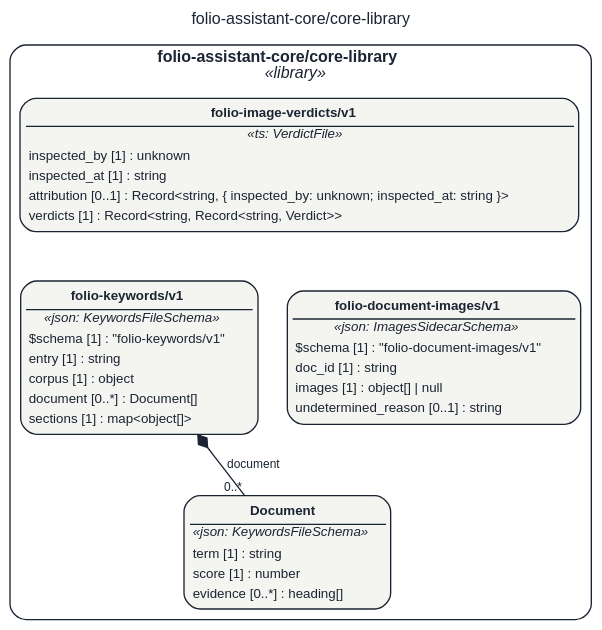
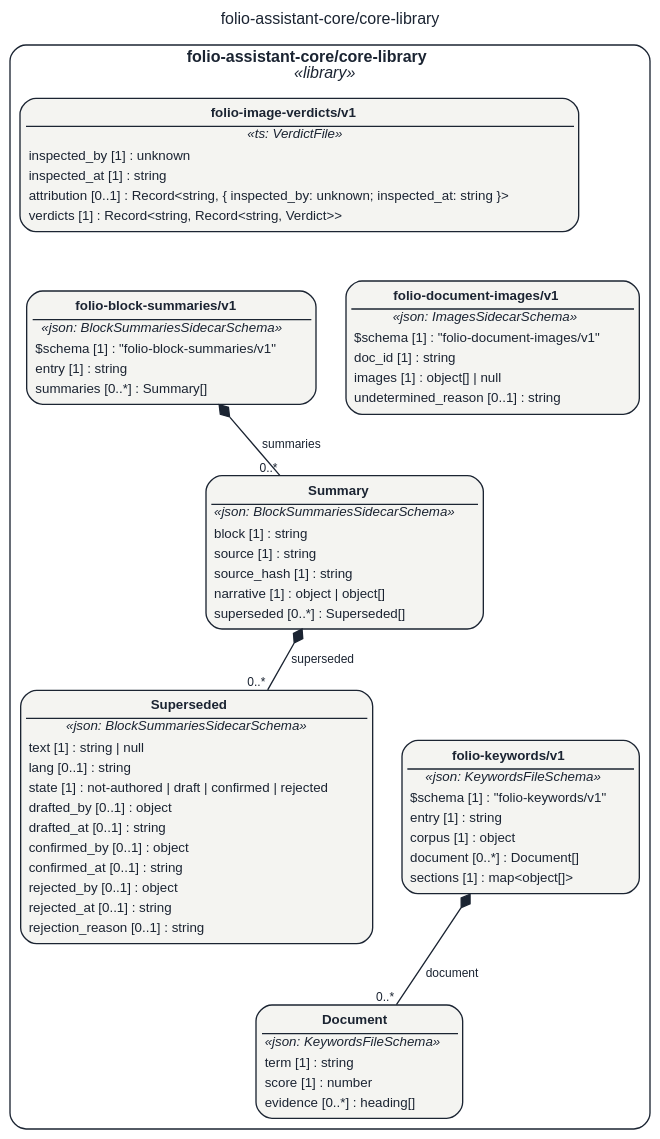
One commit to litlfred/folio-assistant changed the diagram in STAGING/claude-repin-layers-green/assets/img/uml/overview/folio-assistant-core/core-library.dot. Above: the diagram before and after it, drawn with Graphviz. The commit also changed 19685 other files, not shown here.

```diff
--- a/STAGING/claude-repin-layers-green/assets/img/uml/overview/folio-assistant-core/core-library.dot
+++ b/STAGING/claude-repin-layers-green/assets/img/uml/overview/folio-assistant-core/core-library.dot
@@ -1,17 +1,24 @@
 // GENERATED by cat-harness-tools/scripts/gen-uml-overview.ts — do not edit.
 // Rendered page (interactive view, same model): https://litlfred.github.io/folio-assistant/uml/overview/folio-assistant-core/core-library.html
 digraph "folio_assistant_core_core_library" {
   graph [label="folio-assistant-core/core-library", labelloc=t, fontname="Helvetica", fontsize=12, fontcolor="#1b2432", newrank=true, ratio=auto, nodesep=0.3, ranksep=0.5, bgcolor="transparent"];
   node [shape=box, style="rounded,filled", margin=0.05, fontname="Helvetica", fontsize=10, color="#1b2432", fontcolor="#1b2432"];
   edge [color="#1b2432", fontcolor="#1b2432", fontname="Helvetica", fontsize=9];
   subgraph "cluster_pkg_folio_assistant_core_core_library" {
     label=<<b>folio-assistant-core/core-library</b><br/><i>«library»</i>>; style="rounded"; color="#1b2432"; class="fa_uml_subgraph";
     "folio_assistant_core_core_library_folio_document_images_v1_folio_document_images_v1" [fillcolor="#f4f4f1", class="fa_uml_kind_library", label=<<table border="0" cellborder="0" cellspacing="0" cellpadding="2"><tr><td border="1" sides="b"><b>folio-document-images/v1</b></td></tr><tr><td><i>«json: ImagesSidecarSchema»</i></td></tr><tr><td align="left">$schema [1] : &quot;folio-document-images/v1&quot;</td></tr><tr><td align="left">doc_id [1] : string</td></tr><tr><td align="left">images [1] : object[] | null</td></tr><tr><td align="left">undetermined_reason [0..1] : string</td></tr></table>>];
     "folio_assistant_core_core_library_folio_image_verdicts_v1" [fillcolor="#f4f4f1", class="fa_uml_kind_library", label=<<table border="0" cellborder="0" cellspacing="0" cellpadding="2"><tr><td border="1" sides="b"><b>folio-image-verdicts/v1</b></td></tr><tr><td><i>«ts: VerdictFile»</i></td></tr><tr><td align="left">inspected_by [1] : unknown</td></tr><tr><td align="left">inspected_at [1] : string</td></tr><tr><td align="left">attribution [0..1] : Record&lt;string, { inspected_by: unknown; inspected_at: string }&gt;</td></tr><tr><td align="left">verdicts [1] : Record&lt;string, Record&lt;string, Verdict&gt;&gt;</td></tr></table>>];
+    "folio_assistant_core_core_library_folio_block_summaries_v1_Superseded" [fillcolor="#f4f4f1", class="fa_uml_kind_library", label=<<table border="0" cellborder="0" cellspacing="0" cellpadding="2"><tr><td border="1" sides="b"><b>Superseded</b></td></tr><tr><td><i>«json: BlockSummariesSidecarSchema»</i></td></tr><tr><td align="left">text [1] : string | null</td></tr><tr><td align="left">lang [0..1] : string</td></tr><tr><td align="left">state [1] : not-authored | draft | confirmed | rejected</td></tr><tr><td align="left">drafted_by [0..1] : object</td></tr><tr><td align="left">drafted_at [0..1] : string</td></tr><tr><td align="left">confirmed_by [0..1] : object</td></tr><tr><td align="left">confirmed_at [0..1] : string</td></tr><tr><td align="left">rejected_by [0..1] : object</td></tr><tr><td align="left">rejected_at [0..1] : string</td></tr><tr><td align="left">rejection_reason [0..1] : string</td></tr></table>>];
+    "folio_assistant_core_core_library_folio_block_summaries_v1_Summary" [fillcolor="#f4f4f1", class="fa_uml_kind_library", label=<<table border="0" cellborder="0" cellspacing="0" cellpadding="2"><tr><td border="1" sides="b"><b>Summary</b></td></tr><tr><td><i>«json: BlockSummariesSidecarSchema»</i></td></tr><tr><td align="left">block [1] : string</td></tr><tr><td align="left">source [1] : string</td></tr><tr><td align="left">source_hash [1] : string</td></tr><tr><td align="left">narrative [1] : object | object[]</td></tr><tr><td align="left">superseded [0..*] : Superseded[]</td></tr></table>>];
+    "folio_assistant_core_core_library_folio_block_summaries_v1_folio_block_summaries_v1" [fillcolor="#f4f4f1", class="fa_uml_kind_library", label=<<table border="0" cellborder="0" cellspacing="0" cellpadding="2"><tr><td border="1" sides="b"><b>folio-block-summaries/v1</b></td></tr><tr><td><i>«json: BlockSummariesSidecarSchema»</i></td></tr><tr><td align="left">$schema [1] : &quot;folio-block-summaries/v1&quot;</td></tr><tr><td align="left">entry [1] : string</td></tr><tr><td align="left">summaries [0..*] : Summary[]</td></tr></table>>];
     "folio_assistant_core_core_library_folio_keywords_v1_Document" [fillcolor="#f4f4f1", class="fa_uml_kind_library", label=<<table border="0" cellborder="0" cellspacing="0" cellpadding="2"><tr><td border="1" sides="b"><b>Document</b></td></tr><tr><td><i>«json: KeywordsFileSchema»</i></td></tr><tr><td align="left">term [1] : string</td></tr><tr><td align="left">score [1] : number</td></tr><tr><td align="left">evidence [0..*] : heading[]</td></tr></table>>];
     "folio_assistant_core_core_library_folio_keywords_v1_folio_keywords_v1" [fillcolor="#f4f4f1", class="fa_uml_kind_library", label=<<table border="0" cellborder="0" cellspacing="0" cellpadding="2"><tr><td border="1" sides="b"><b>folio-keywords/v1</b></td></tr><tr><td><i>«json: KeywordsFileSchema»</i></td></tr><tr><td align="left">$schema [1] : &quot;folio-keywords/v1&quot;</td></tr><tr><td align="left">entry [1] : string</td></tr><tr><td align="left">corpus [1] : object</td></tr><tr><td align="left">document [0..*] : Document[]</td></tr><tr><td align="left">sections [1] : map&lt;object[]&gt;</td></tr></table>>];
   }
+  "folio_assistant_core_core_library_folio_block_summaries_v1_Summary" -> "folio_assistant_core_core_library_folio_block_summaries_v1_Superseded" [dir=both, arrowtail=diamond, arrowhead=none, label="superseded", headlabel="0..*", class="fa_uml_composition"];
+  "folio_assistant_core_core_library_folio_block_summaries_v1_folio_block_summaries_v1" -> "folio_assistant_core_core_library_folio_block_summaries_v1_Summary" [dir=both, arrowtail=diamond, arrowhead=none, label="summaries", headlabel="0..*", class="fa_uml_composition"];
   "folio_assistant_core_core_library_folio_keywords_v1_folio_keywords_v1" -> "folio_assistant_core_core_library_folio_keywords_v1_Document" [dir=both, arrowtail=diamond, arrowhead=none, label="document", headlabel="0..*", class="fa_uml_composition"];
-  "folio_assistant_core_core_library_folio_document_images_v1_folio_document_images_v1" -> "folio_assistant_core_core_library_folio_keywords_v1_Document" [style=invis, class="kg-graph-anchor"];
-  "folio_assistant_core_core_library_folio_image_verdicts_v1" -> "folio_assistant_core_core_library_folio_keywords_v1_folio_keywords_v1" [style=invis, class="kg-graph-anchor"];
+  "folio_assistant_core_core_library_folio_document_images_v1_folio_document_images_v1" -> "folio_assistant_core_core_library_folio_block_summaries_v1_Summary" [style=invis, class="kg-graph-anchor"];
+  "folio_assistant_core_core_library_folio_image_verdicts_v1" -> "folio_assistant_core_core_library_folio_block_summaries_v1_folio_block_summaries_v1" [style=invis, class="kg-graph-anchor"];
+  "folio_assistant_core_core_library_folio_block_summaries_v1_Superseded" -> "folio_assistant_core_core_library_folio_keywords_v1_Document" [style=invis, class="kg-graph-anchor"];
+  "folio_assistant_core_core_library_folio_block_summaries_v1_Summary" -> "folio_assistant_core_core_library_folio_keywords_v1_folio_keywords_v1" [style=invis, class="kg-graph-anchor"];
 }
```
